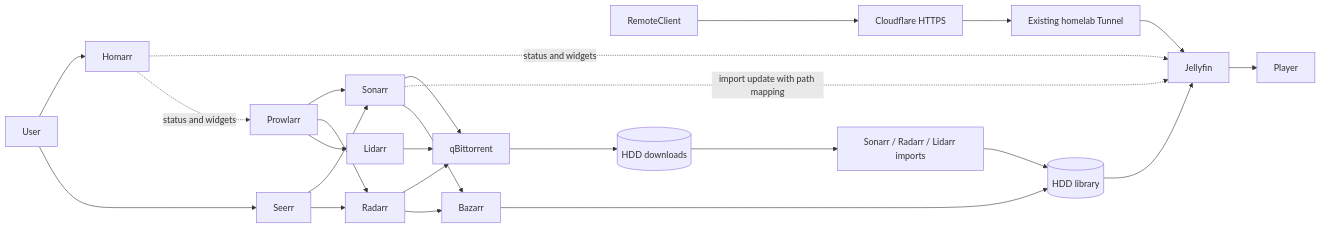
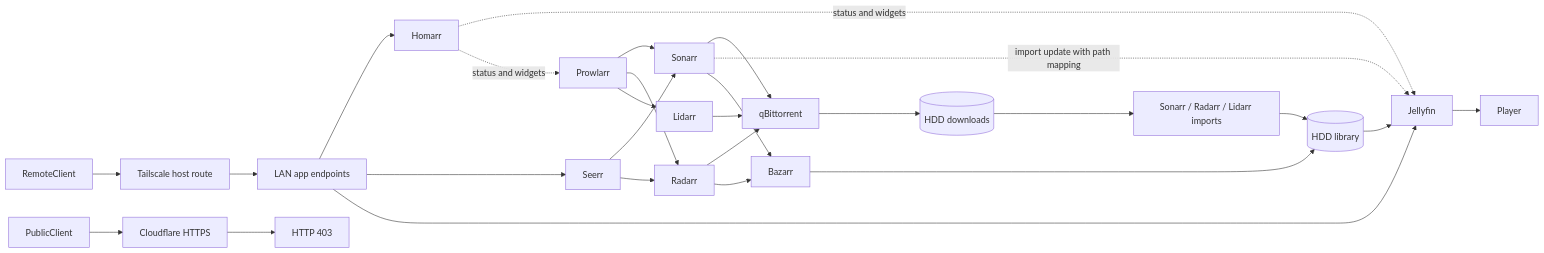
Before and after one commit to iamargus95/homelab: the diagram in docs/media-server/architecture.md, drawn with Mermaid. The commit also changed other lines of this file and 29 other files, not shown here.

````diff
--- a/docs/media-server/architecture.md
+++ b/docs/media-server/architecture.md
@@ -7,27 +7,29 @@
 ```mermaid
 flowchart LR
-    RemoteClient --> CloudflareHTTPS[Cloudflare HTTPS]
-    CloudflareHTTPS --> ExistingTunnel[Existing homelab Tunnel]
-    ExistingTunnel --> Jellyfin
+    RemoteClient --> Tailnet[Tailscale host route]
+    Tailnet --> User[LAN app endpoints]
+    PublicClient --> CloudflareHTTPS[Cloudflare HTTPS]
+    CloudflareHTTPS --> Blocked[HTTP 403]
     User --> Homarr
     User --> Seerr
+    User --> Jellyfin
     Seerr --> Sonarr
     Seerr --> Radarr
     Prowlarr --> Sonarr
     Prowlarr --> Radarr
     Prowlarr --> Lidarr
     Sonarr --> qBittorrent
     Radarr --> qBittorrent
     Lidarr --> qBittorrent
     qBittorrent --> Downloads[(HDD downloads)]
     Downloads --> Import[Sonarr / Radarr / Lidarr imports]
     Import --> Library[(HDD library)]
     Library --> Jellyfin
     Sonarr -. import update with path mapping .-> Jellyfin
     Jellyfin --> Player
     Sonarr --> Bazarr
     Radarr --> Bazarr
     Bazarr --> Library
     Homarr -. status and widgets .-> Jellyfin
     Homarr -. status and widgets .-> Prowlarr
 ```
````
